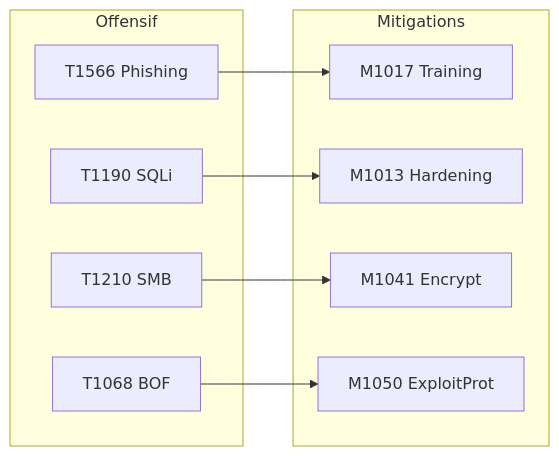
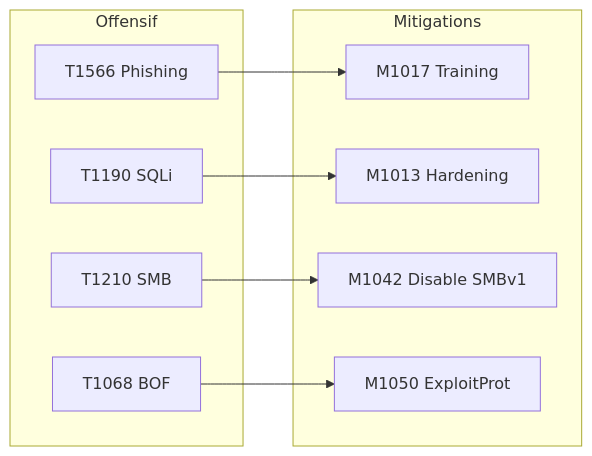
Before and after one commit to yugmerabtene/techniques-de-hacking-niveau-1: the first of 2 diagrams in infra/JOUR-04-contre-mesures-securisation-systemes.md, drawn with Mermaid. The commit also changed other lines of this file and 10 other files, not shown here.

````diff
--- a/infra/JOUR-04-contre-mesures-securisation-systemes.md
+++ b/infra/JOUR-04-contre-mesures-securisation-systemes.md
@@ -32,10 +32,10 @@
 ```mermaid
 flowchart LR
     subgraph OFF["Offensif"]
         T1566["T1566 Phishing"] ; T1190["T1190 SQLi"] ; T1210["T1210 SMB"] ; T1068["T1068 BOF"]
     end
     subgraph DEF["Mitigations"]
-        M1017["M1017 Training"] ; M1013["M1013 Hardening"] ; M1041["M1041 Encrypt"] ; M1050["M1050 ExploitProt"]
+        M1017["M1017 Training"] ; M1013["M1013 Hardening"] ; M1042["M1042 Disable SMBv1"] ; M1050["M1050 ExploitProt"]
     end
-    T1566 --> M1017 ; T1190 --> M1013 ; T1210 --> M1041 ; T1068 --> M1050
+    T1566 --> M1017 ; T1190 --> M1013 ; T1210 --> M1042 ; T1068 --> M1050
 ```
````
